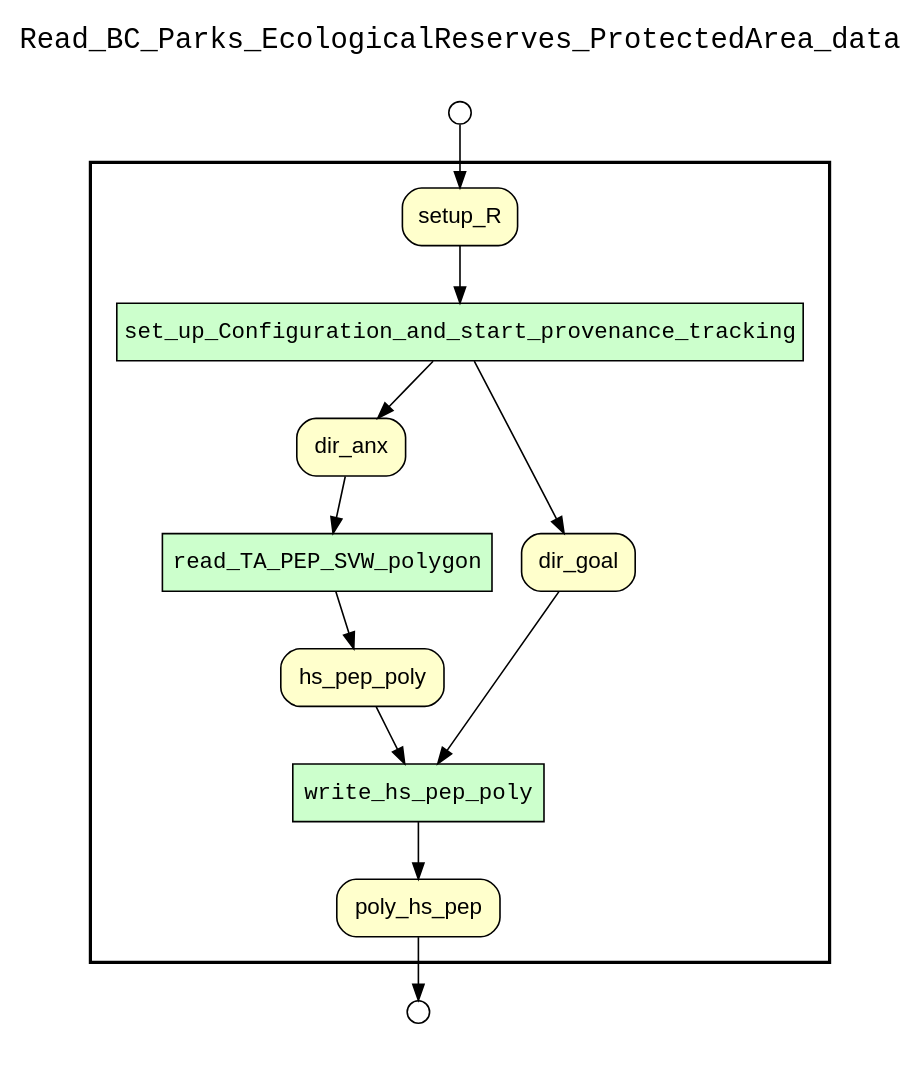
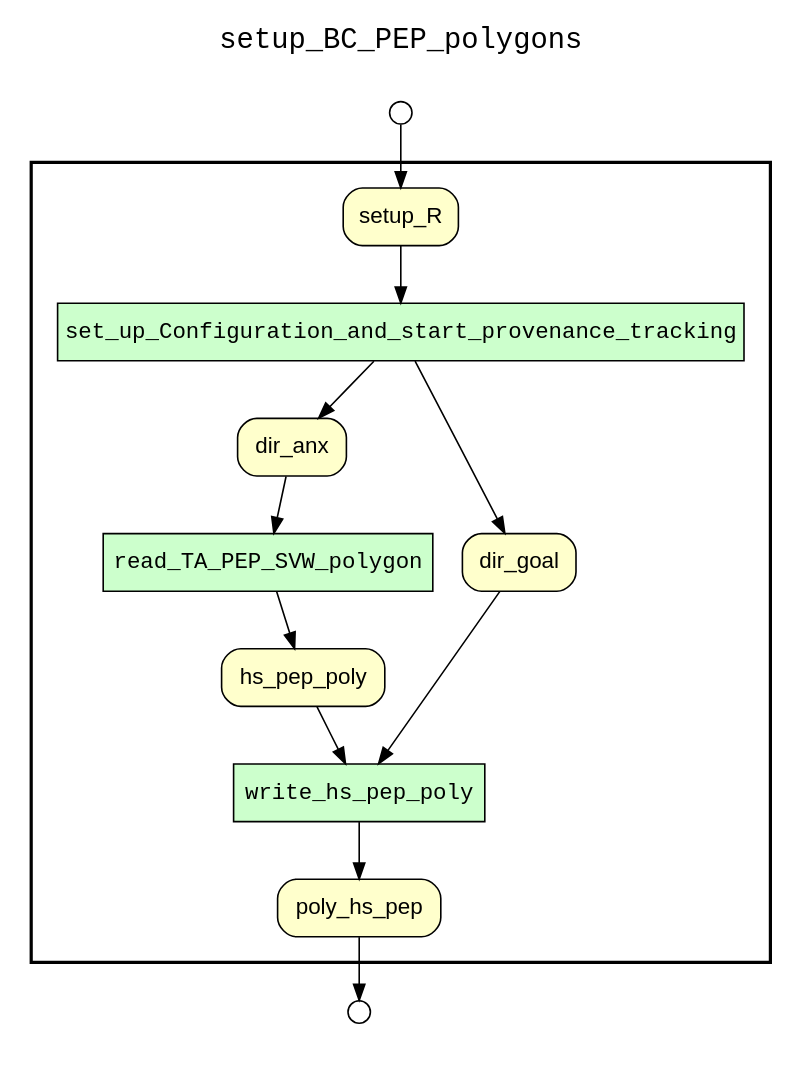
Before and after one commit to sycao5/runManager-multipleRuns: the diagram in examples/OHIBC_Howe_Sound/hybrid provenance queries/examples/setup_BC_PEP_polygons/results/wf_downstream_of_TA_PEP_SVW_polygon.gv, drawn with Graphviz. The commit also changed 276 other files, not shown here.

Commit message:
Add updated URI template for setup_BC_PEP_polygons.R script and rerun the hybrid provenance query for all scripts with yw tags.

```diff
--- a/examples/OHIBC_Howe_Sound/hybrid provenance queries/examples/setup_BC_PEP_polygons/results/wf_downstream_of_TA_PEP_SVW_polygon.gv
+++ b/examples/OHIBC_Howe_Sound/hybrid provenance queries/examples/setup_BC_PEP_polygons/results/wf_downstream_of_TA_PEP_SVW_polygon.gv
@@ -1,41 +1,41 @@
 
 digraph yw_data_view {
 rankdir=TB
 fontname=Courier; fontsize=18; labelloc=t
-label="Read_BC_Parks_EcologicalReserves_ProtectedArea_data"
+label="setup_BC_PEP_polygons"
 subgraph cluster_workflow { label=""; color=black; penwidth=2
 subgraph cluster_workflow_inner { label=""; color=white
 node[shape=box style="filled" fillcolor="#CCFFCC" peripheries=1 fontname=Courier]
 write_hs_pep_poly
 read_TA_PEP_SVW_polygon
 set_up_Configuration_and_start_provenance_tracking
 node[shape=box style="filled" fillcolor="#CCFFCC" peripheries=1 fontname=Courier]
 node[shape=box style="rounded,filled" fillcolor="#FFFFCC" peripheries=1 fontname=Helvetica]
 setup_R
 dir_anx
 dir_goal
 hs_pep_poly
 poly_hs_pep
 node[shape=box style="rounded,filled" fillcolor="#FFFFFF" peripheries=1 fontname=Helvetica]
 }}
 subgraph cluster_inflows { label=""; color=white; penwidth=2
 subgraph cluster_inflows_inner { label=""; color=white
 node[shape=circle fillcolor="#FFFFFF" peripheries=1 width=0.2]
 setup_R_inflow [label=""]
 }}
 subgraph cluster_outflows { label=""; color=white; penwidth=2
 subgraph cluster_outflows_inner { label=""; color=white
 node[shape=circle fillcolor="#FFFFFF" peripheries=1 width=0.2]
 poly_hs_pep_outflow [label=""]
 }}
 write_hs_pep_poly -> poly_hs_pep
 read_TA_PEP_SVW_polygon -> hs_pep_poly
 set_up_Configuration_and_start_provenance_tracking -> dir_goal
 set_up_Configuration_and_start_provenance_tracking -> dir_anx
 setup_R -> set_up_Configuration_and_start_provenance_tracking
 dir_anx -> read_TA_PEP_SVW_polygon
 dir_goal -> write_hs_pep_poly
 hs_pep_poly -> write_hs_pep_poly
 setup_R_inflow -> setup_R
 poly_hs_pep -> poly_hs_pep_outflow
 }
```
